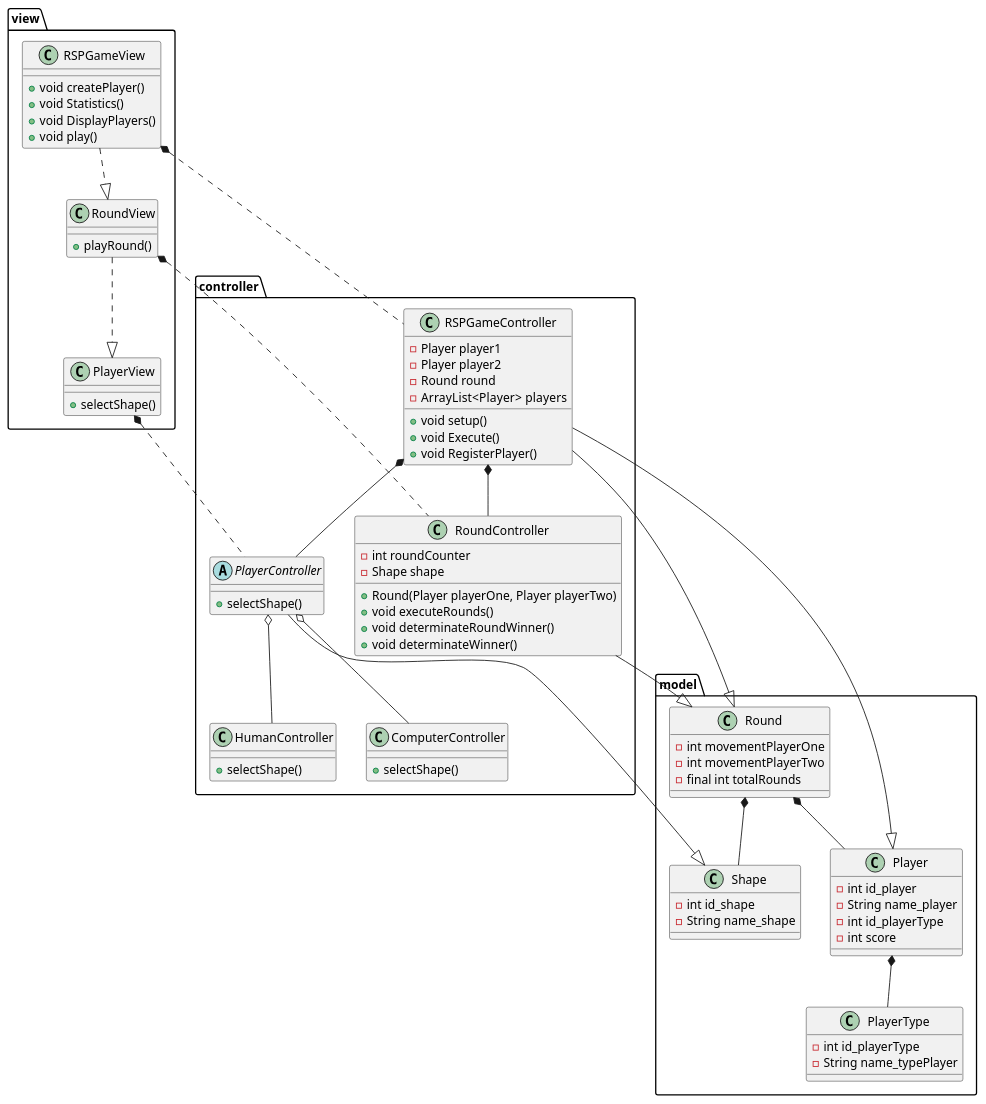
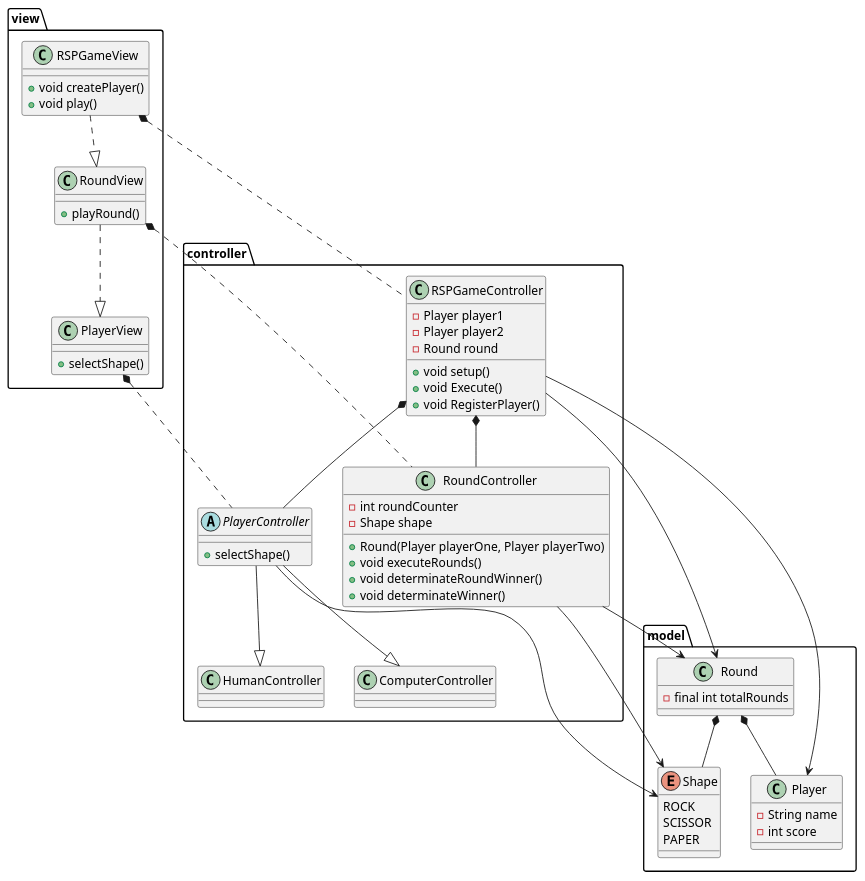
The diagram in docs/rsp-mvc.wsd (andrescordovatelus/RockPaperScissor-MVC), drawn with PlantUML before and after one commit. The commit also changed 5 other files, not shown here.

```diff
--- a/docs/rsp-mvc.wsd
+++ b/docs/rsp-mvc.wsd
@@ -1,98 +1,89 @@
 @startuml rsp-mvc
 package model{
+
     class Player{
-        -int id_player
-        -String name_player
-        -int id_playerType
+        -String name
         -int score
     }
 
-    class PlayerType{
-        -int id_playerType
-        -String name_typePlayer
-    }
-
     class Round{
-        -int movementPlayerOne
-        -int movementPlayerTwo
         -final int totalRounds
     }
 
-    class Shape{
-        -int id_shape
-        -String name_shape
+    Enum Shape{
+        ROCK
+        SCISSOR
+        PAPER
     }
+
+
+    Round *-- Player
+    Round *-- Shape
 }
 package controller{
     class RSPGameController{
         -Player player1
         -Player player2
         -Round round
-        -ArrayList<Player>  players
 
         +void setup()
         +void Execute()
         +void RegisterPlayer()
     }
 
     abstract class PlayerController{
         +selectShape()
     }
 
 
     class RoundController{
         -int roundCounter
         -Shape shape
 
         +Round(Player playerOne, Player playerTwo)
         +void executeRounds()
         +void determinateRoundWinner()
         +void determinateWinner()
     }
 
     class HumanController{
-        +selectShape()
     }
 
     class ComputerController{
-        +selectShape()
     }
+
+    RSPGameController *-- PlayerController
+    RSPGameController *-- RoundController
+    PlayerController --|> HumanController
+    PlayerController --|> ComputerController
 }
 package view{
     class RSPGameView{
         +void createPlayer()
-        +void Statistics()
-        +void DisplayPlayers()
         +void play()
     }
 
     class PlayerView{
         +selectShape()
     }
 
     class RoundView{
         +playRound()
     }
+
+    RSPGameView ..|> RoundView
+    RoundView ..|> PlayerView
 }
 
-Round *-- Player
-Round *-- Shape
-Player *-- PlayerType
 
-RSPGameController *-- PlayerController
-RSPGameController *-- RoundController
-PlayerController o-- HumanController
-PlayerController o-- ComputerController
-PlayerController --|> Shape
-
-RSPGameView ..|> RoundView
-RoundView ..|> PlayerView
-
+RoundController --> Round
 RSPGameView *.. RSPGameController
 RoundView *.. RoundController
 PlayerView *.. PlayerController
 
-RoundController --|> Round
-RSPGameController --|> Player
-RSPGameController --|> Round
+RoundController --> Shape
+RSPGameController --> Player
+RSPGameController --> Round
+
+PlayerController --> Shape
 @enduml
```
